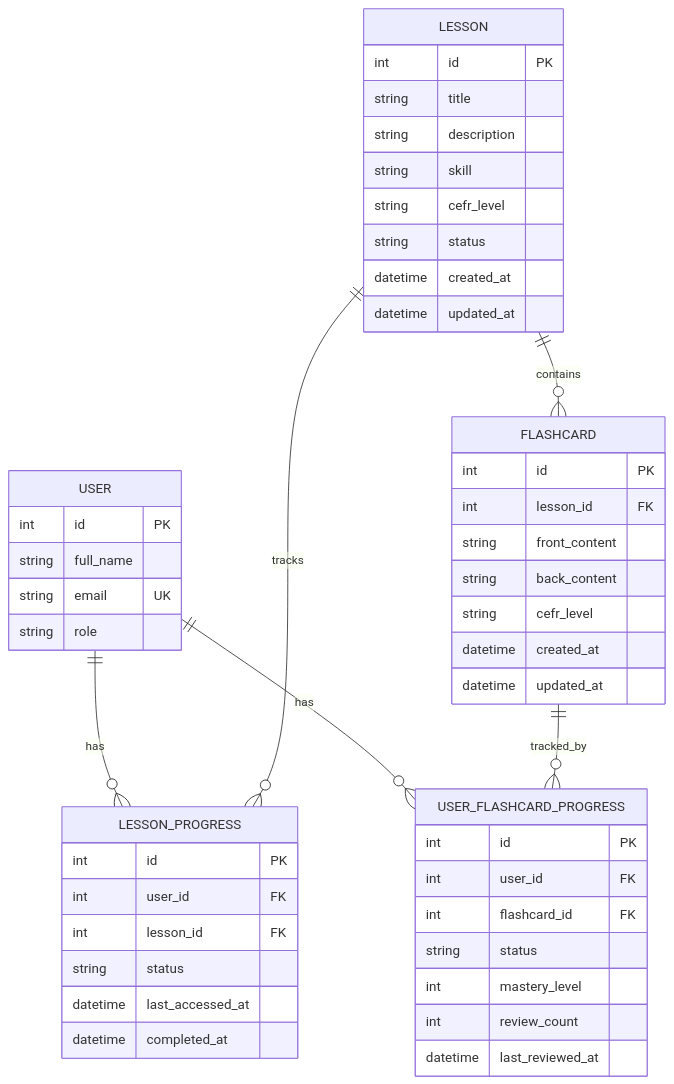
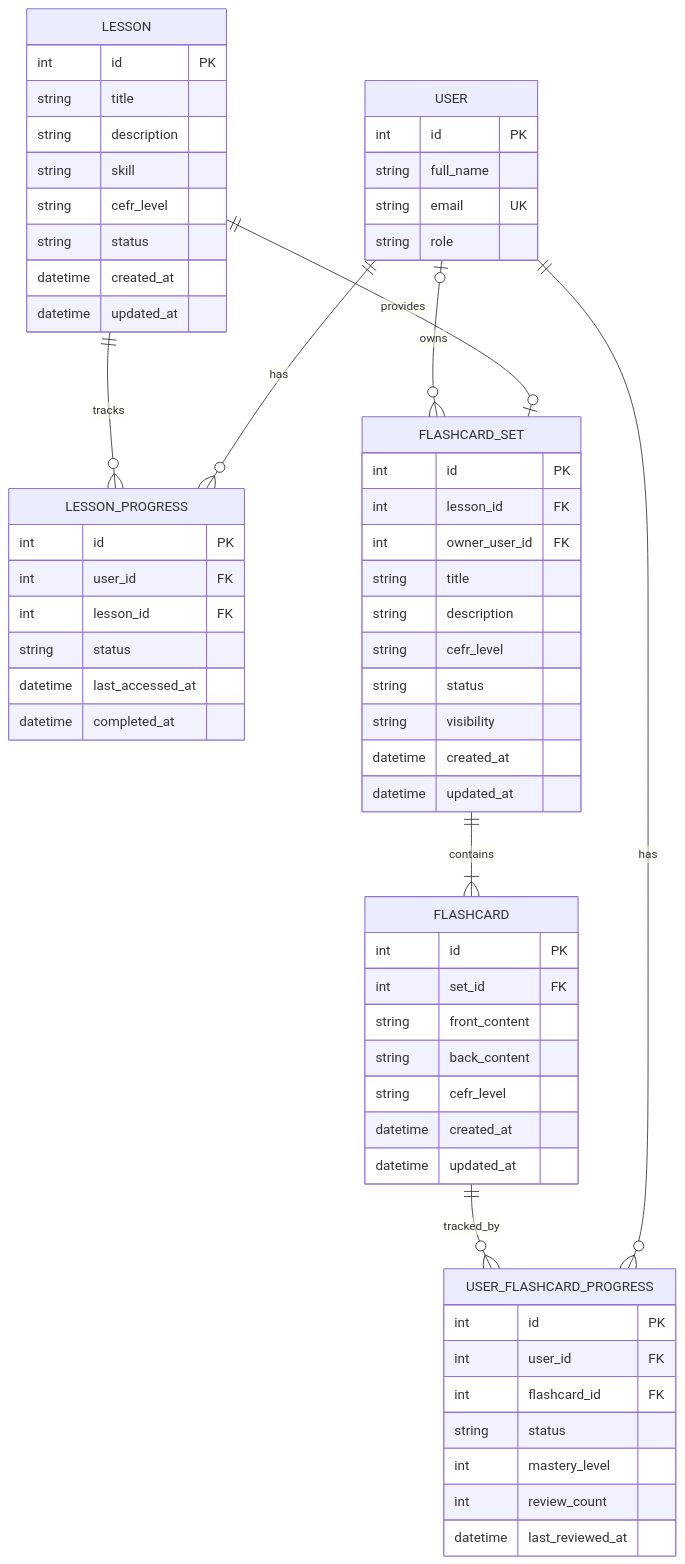
Before and after one commit to thanhthaobn/aptis-prep: diagram 14 of 27 in docs/SPEC_V2.md, drawn with Mermaid. The commit also changed other lines of this file and 66 other files, not shown here.

````diff
--- a/docs/SPEC_V2.md
+++ b/docs/SPEC_V2.md
@@ -690,55 +692,70 @@
 ```mermaid
 erDiagram
     USER {
         int id PK
         string full_name
         string email UK
         string role
     }
 
     LESSON {
         int id PK
         string title
         string description
         string skill
         string cefr_level
         string status
         datetime created_at
         datetime updated_at
     }
 
     LESSON_PROGRESS {
         int id PK
         int user_id FK
         int lesson_id FK
         string status
         datetime last_accessed_at
         datetime completed_at
     }
 
+    FLASHCARD_SET {
+        int id PK
+        int lesson_id FK
+        int owner_user_id FK
+        string title
+        string description
+        string cefr_level
+        string status
+        string visibility
+        datetime created_at
+        datetime updated_at
+    }
+
     FLASHCARD {
         int id PK
-        int lesson_id FK
+        int set_id FK
         string front_content
         string back_content
         string cefr_level
         datetime created_at
         datetime updated_at
     }
 
     USER_FLASHCARD_PROGRESS {
         int id PK
         int user_id FK
         int flashcard_id FK
         string status
         int mastery_level
         int review_count
         datetime last_reviewed_at
     }
 
     USER ||--o{ LESSON_PROGRESS : has
     LESSON ||--o{ LESSON_PROGRESS : tracks
-    LESSON ||--o{ FLASHCARD : contains
+    LESSON ||--o| FLASHCARD_SET : provides
+    USER o|--o{ FLASHCARD_SET : owns
+    FLASHCARD_SET ||--|{ FLASHCARD : contains
     USER ||--o{ USER_FLASHCARD_PROGRESS : has
     FLASHCARD ||--o{ USER_FLASHCARD_PROGRESS : tracked_by
 ```
````
